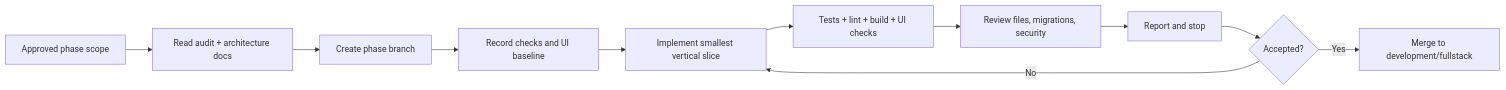
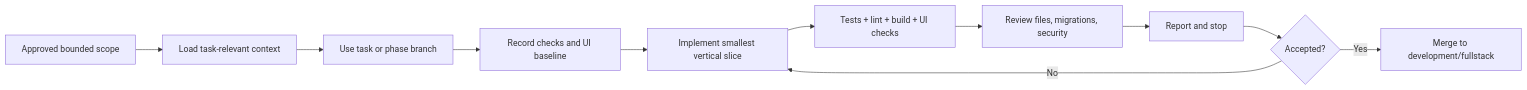
Before and after one commit to wefllagn/Projex: the diagram in docs/architecture/DEVELOPMENT_WORKFLOW.md, drawn with Mermaid. The commit also changed other lines of this file and 3 other files, not shown here.

````diff
--- a/docs/architecture/DEVELOPMENT_WORKFLOW.md
+++ b/docs/architecture/DEVELOPMENT_WORKFLOW.md
@@ -59,13 +61,13 @@
 ```mermaid
 flowchart LR
-    Scope["Approved phase scope"] --> Read["Read audit + architecture docs"]
-    Read --> Branch["Create phase branch"]
+    Scope["Approved bounded scope"] --> Read["Load task-relevant context"]
+    Read --> Branch["Use task or phase branch"]
     Branch --> Baseline["Record checks and UI baseline"]
     Baseline --> Implement["Implement smallest vertical slice"]
     Implement --> Verify["Tests + lint + build + UI checks"]
     Verify --> Review["Review files, migrations, security"]
     Review --> Handoff["Report and stop"]
     Handoff --> Accept{"Accepted?"}
     Accept -->|"Yes"| Merge["Merge to development/fullstack"]
     Accept -->|"No"| Implement
 ```
````
